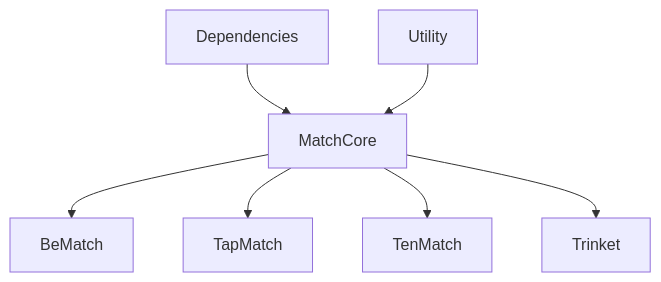
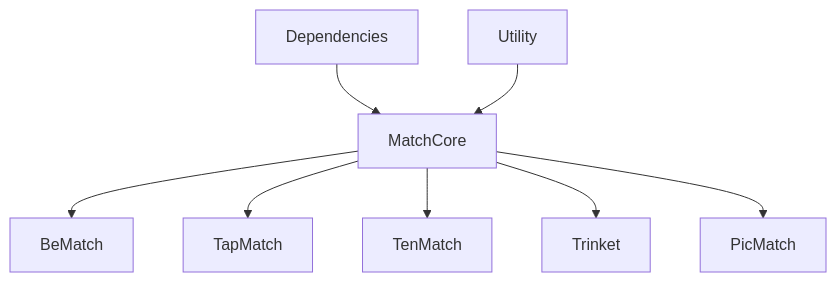
The diagram in README.md (0x1-company/ios-monorepo), drawn with Mermaid before and after one commit. The commit also changed other lines of this file, not shown here.

````diff
--- a/README.md
+++ b/README.md
@@ -31,10 +33,11 @@
 ```mermaid
 graph TD;
 Dependencies --> MatchCore
 Utility --> MatchCore
 
 MatchCore --> BeMatch
 MatchCore --> TapMatch
 MatchCore --> TenMatch
 MatchCore --> Trinket
+MatchCore --> PicMatch
 ```
````
